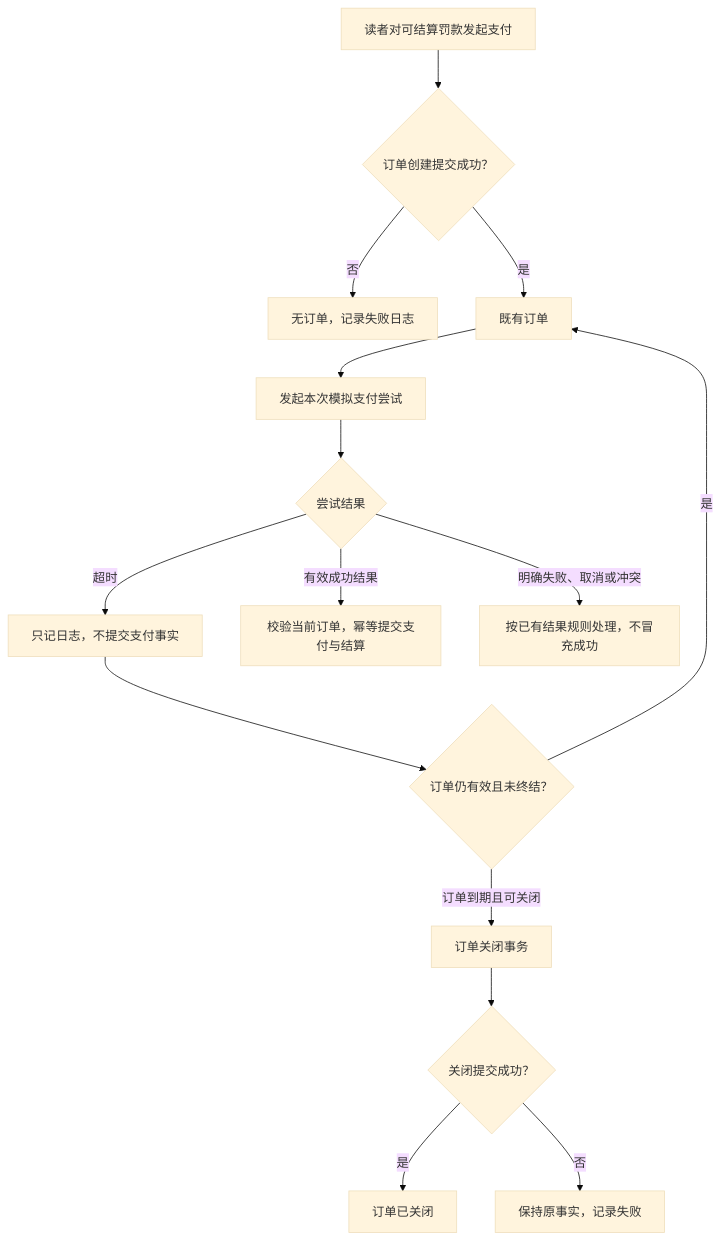
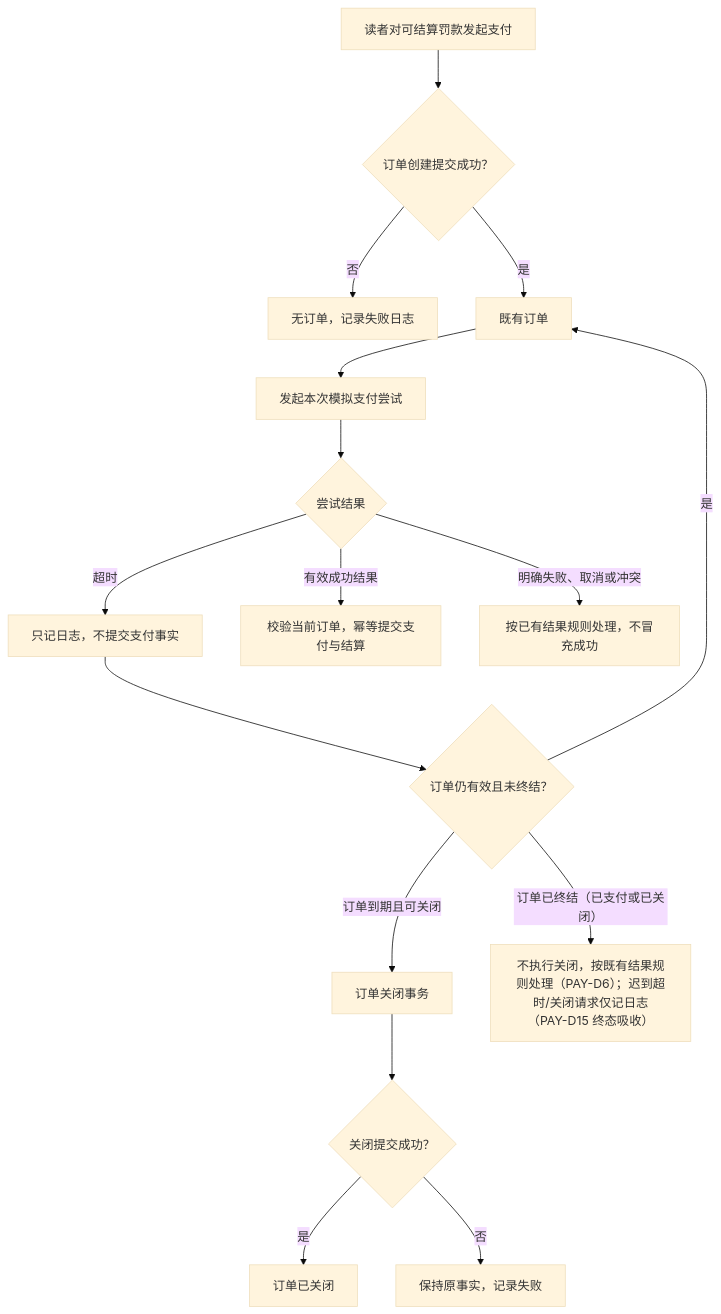
Before and after one commit to whitecait/MyLibrarySystem: the tenth of 13 diagrams in docs/02-overall-design/MLS-DOC-OD-0002.md, drawn with Mermaid (base theme). The commit also changed other lines of this file and 2 other files, not shown here.

````diff
--- a/docs/02-overall-design/MLS-DOC-OD-0002.md
+++ b/docs/02-overall-design/MLS-DOC-OD-0002.md
@@ -432,17 +460,18 @@
 ```mermaid
 flowchart TD
     A["读者对可结算罚款发起支付"] --> B{"订单创建提交成功？"}
     B -->|"否"| F["无订单，记录失败日志"]
     B -->|"是"| O["既有订单"]
     O --> P["发起本次模拟支付尝试"]
     P --> T{"尝试结果"}
     T -->|"超时"| L["只记日志，不提交支付事实"]
     L --> V{"订单仍有效且未终结？"}
     V -->|"是"| O
     V -->|"订单到期且可关闭"| C["订单关闭事务"]
+    V -->|"订单已终结（已支付或已关闭）"| ABS["不执行关闭，按既有结果规则处理（PAY-D6）；迟到超时/关闭请求仅记日志（PAY-D15 终态吸收）"]
     C --> COK{"关闭提交成功？"}
     COK -->|"是"| END["订单已关闭"]
     COK -->|"否"| LOG["保持原事实，记录失败"]
     T -->|"有效成功结果"| S["校验当前订单，幂等提交支付与结算"]
     T -->|"明确失败、取消或冲突"| OTHER["按已有结果规则处理，不冒充成功"]
 ```
````
